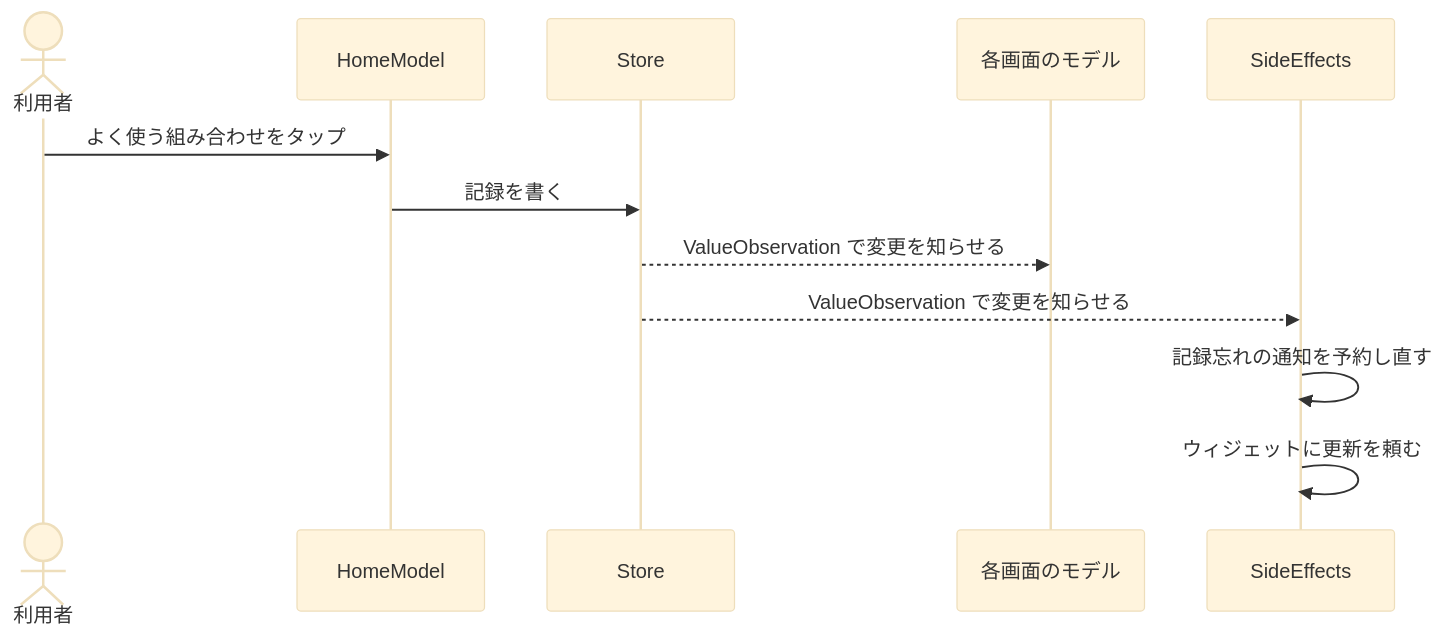
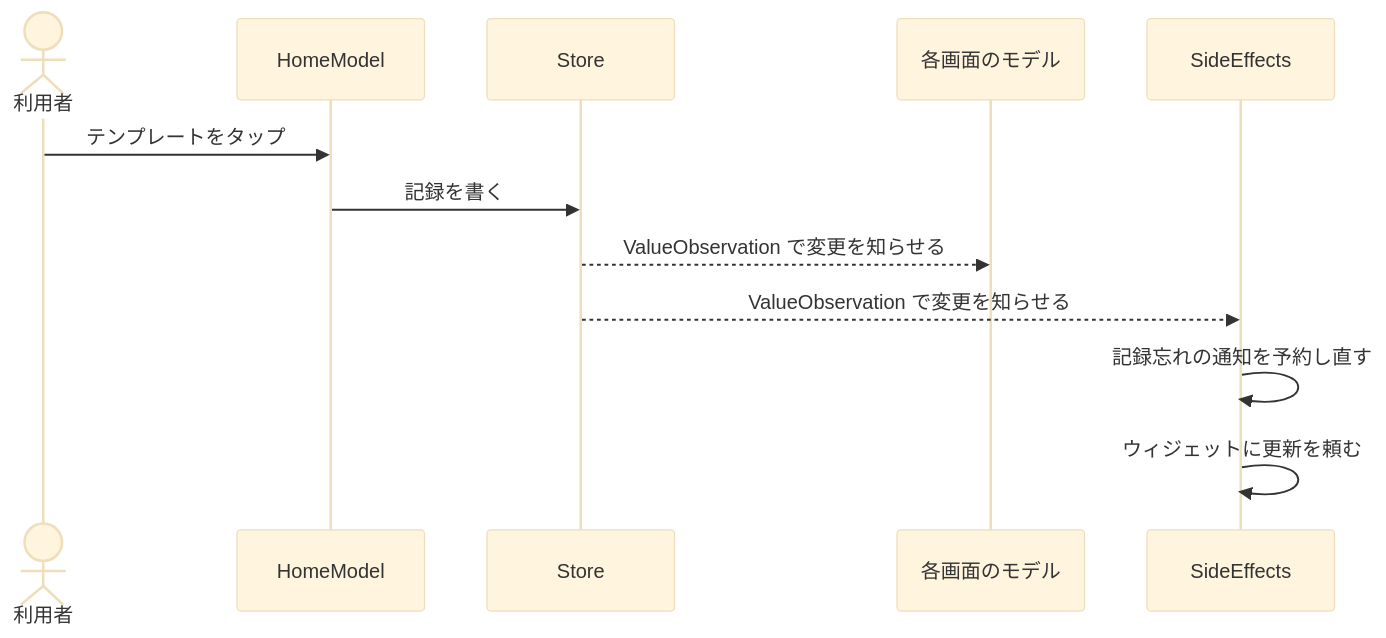
Before and after one commit to yossibank/kakeibot: the second of 2 diagrams in docs/architecture.md, drawn with Mermaid (base theme). The commit also changed other lines of this file and 23 other files, not shown here.

````diff
--- a/docs/architecture.md
+++ b/docs/architecture.md
@@ -236,15 +236,15 @@
 ```mermaid
 sequenceDiagram
     actor U as 利用者
     participant HM as HomeModel
     participant S as Store
     participant M as 各画面のモデル
     participant SE as SideEffects
 
-    U->>HM: よく使う組み合わせをタップ
+    U->>HM: テンプレートをタップ
     HM->>S: 記録を書く
     S-->>M: ValueObservation で変更を知らせる
     S-->>SE: ValueObservation で変更を知らせる
     SE->>SE: 記録忘れの通知を予約し直す
     SE->>SE: ウィジェットに更新を頼む
 ```
````
